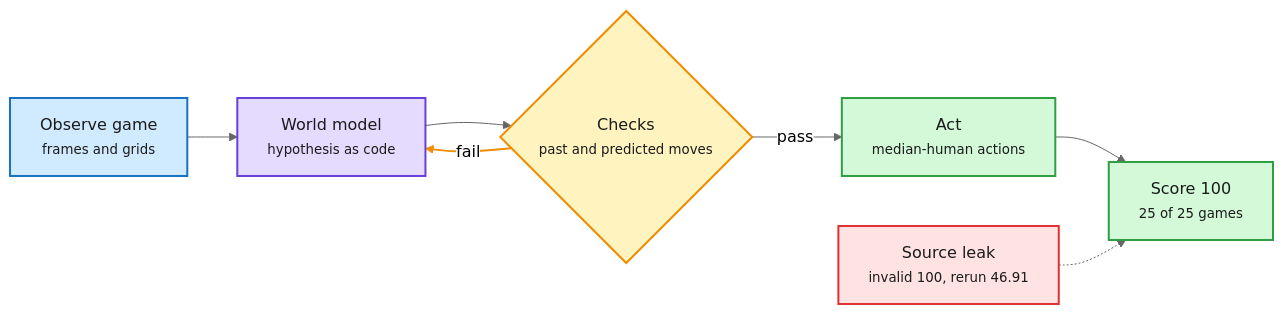
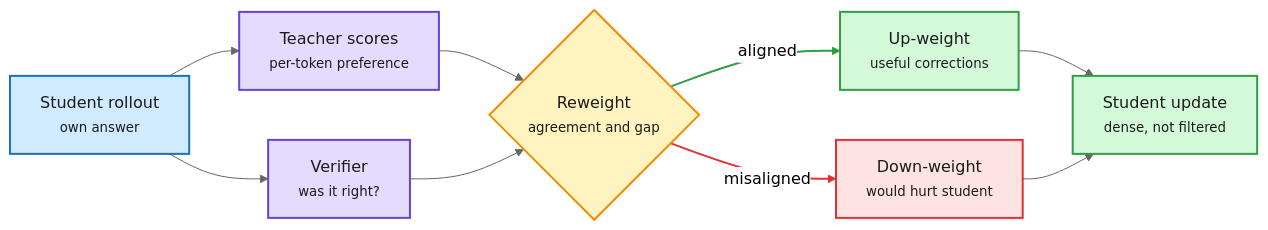
Before and after one commit to bayesiansapien/cere-bro: the third of 7 diagrams in wiki/daily-digest/2026-10/2026-10-04.md, drawn with Mermaid (neutral theme). The commit also changed other lines of this file, not shown here.

````diff
--- a/wiki/daily-digest/2026-10/2026-10-04.md
+++ b/wiki/daily-digest/2026-10/2026-10-04.md
@@ -224,20 +156,23 @@
 ```mermaid
 flowchart LR
-  O["Observe game<br/><small>frames and grids</small>"] --> W["World model<br/><small>hypothesis as code</small>"]
-  W --> R{"Checks<br/><small>past and predicted moves</small>"}
-  R -->|fail| W
-  R -->|pass| A["Act<br/><small>median-human actions</small>"]
-  A --> S["Score 100<br/><small>25 of 25 games</small>"]
-  L["Source leak<br/><small>invalid 100, rerun 46.91</small>"] -.-> S
+  S["Student rollout<br/><small>own answer</small>"] --> T["Teacher scores<br/><small>per-token preference</small>"]
+  S --> V["Verifier<br/><small>was it right?</small>"]
+  T --> W{"Reweight<br/><small>agreement and gap</small>"}
+  V --> W
+  W -->|aligned| U["Up-weight<br/><small>useful corrections</small>"]
+  W -->|misaligned| D["Down-weight<br/><small>would hurt student</small>"]
+  U --> G["Student update<br/><small>dense, not filtered</small>"]
+  D --> G
   classDef input fill:#d0ebff,stroke:#1971c2,color:#1b1b1b,stroke-width:2px
   classDef core fill:#e5dbff,stroke:#6741d9,color:#1b1b1b,stroke-width:2px
   classDef loop fill:#fff3bf,stroke:#f08c00,color:#1b1b1b,stroke-width:2px
   classDef exit fill:#d3f9d8,stroke:#2f9e44,color:#1b1b1b,stroke-width:2px
   classDef err fill:#ffe3e3,stroke:#e03131,color:#1b1b1b,stroke-width:2px
-  class O input
-  class W core
-  class R loop
-  class A,S exit
-  class L err
-  linkStyle 2 stroke:#f08c00,stroke-width:2px
+  class S input
+  class T,V core
+  class W loop
+  class U,G exit
+  class D err
+  linkStyle 4 stroke:#2f9e44,stroke-width:2px
+  linkStyle 5 stroke:#e03131,stroke-width:2px
 ```
````
